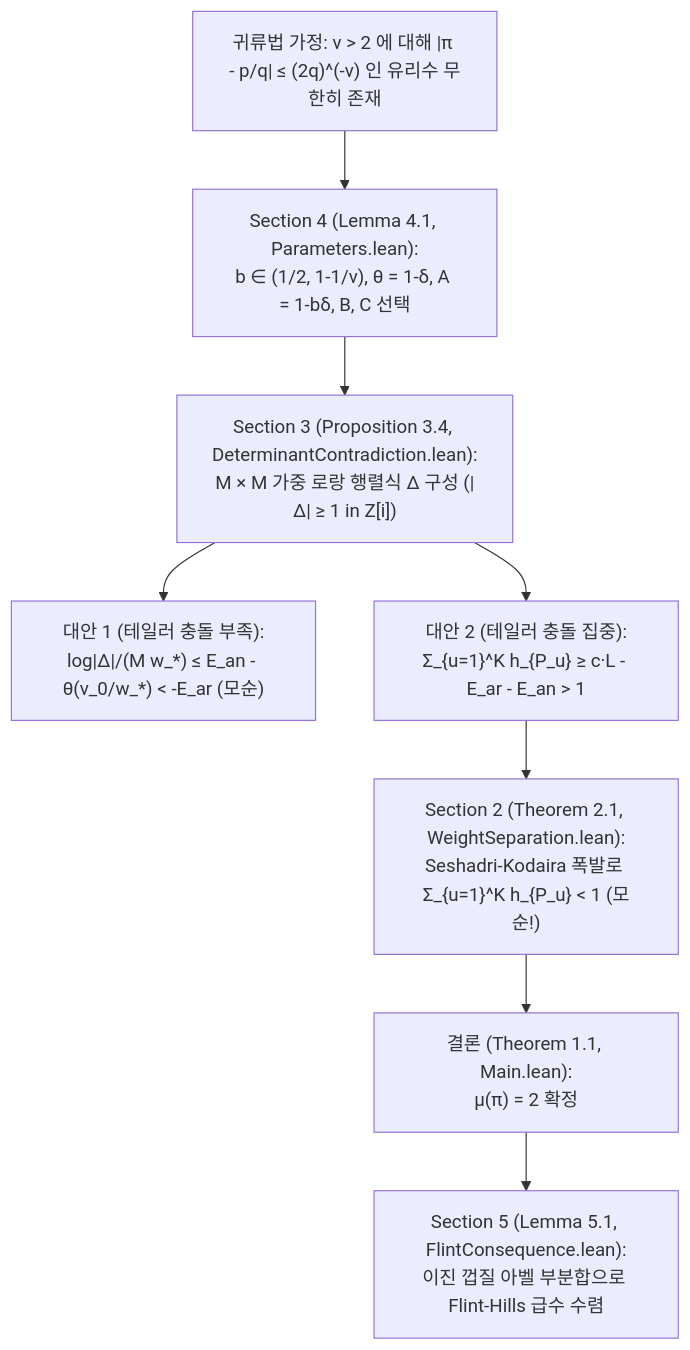
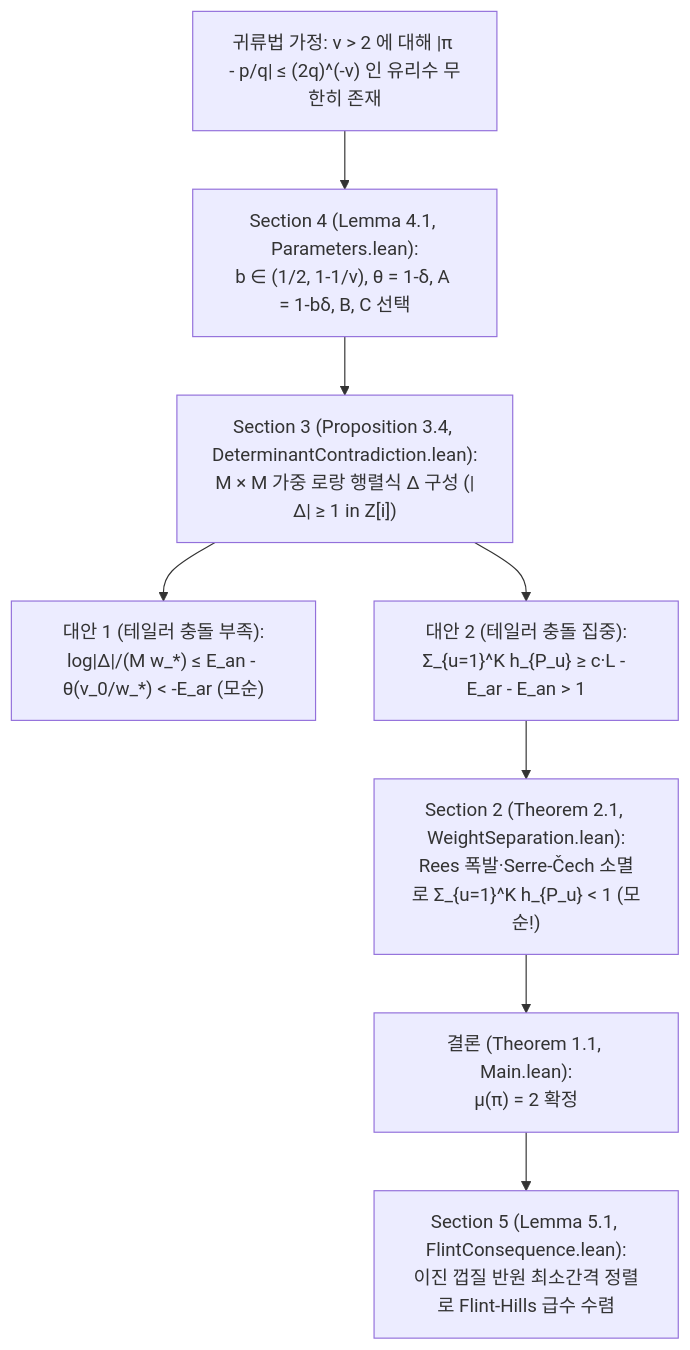
One commit to gilheumpark-bit/ultari-proof-anatomy changed the diagram in anatomy/010-openai-017-pi-irrationality-exponent/ko/02_중급자용_구조및수식가이드.md. Above: the diagram before and after it, drawn with Mermaid. The commit also changed other lines of this file and 17 other files, not shown here.

Commit message:
Case 010 (#017): align all 5 upstream .tex/.lean factual distinctions (dyadic LCM 4 log 2, Rees blowup + Serre/Cech vanishing, exact Main.lean:29-32 snippet, neutral 017.md scope framing, and semicircle jd gap sorting)

````diff
--- a/anatomy/010-openai-017-pi-irrationality-exponent/ko/02_중급자용_구조및수식가이드.md
+++ b/anatomy/010-openai-017-pi-irrationality-exponent/ko/02_중급자용_구조및수식가이드.md
@@ -12,10 +12,10 @@
 ```mermaid
 flowchart TD
     A["귀류법 가정: ν > 2 에 대해 |π - p/q| ≤ (2q)^(-ν) 인 유리수 무한히 존재"] --> B["Section 4 (Lemma 4.1, Parameters.lean):<br/>b ∈ (1/2, 1-1/ν), θ = 1-δ, A = 1-bδ, B, C 선택"]
     B --> C["Section 3 (Proposition 3.4, DeterminantContradiction.lean):<br/>M × M 가중 로랑 행렬식 Δ 구성 (|Δ| ≥ 1 in Z[i])"]
     C --> D["대안 1 (테일러 충돌 부족):<br/>log|Δ|/(M w_*) ≤ E_an - θ(v_0/w_*) < -E_ar (모순)"]
     C --> E["대안 2 (테일러 충돌 집중):<br/>Σ_{u=1}^K h_{P_u} ≥ c·L - E_ar - E_an > 1"]
-    E --> F["Section 2 (Theorem 2.1, WeightSeparation.lean):<br/>Seshadri-Kodaira 폭발로 Σ_{u=1}^K h_{P_u} < 1 (모순!)"]
+    E --> F["Section 2 (Theorem 2.1, WeightSeparation.lean):<br/>Rees 폭발·Serre-Čech 소멸로 Σ_{u=1}^K h_{P_u} < 1 (모순!)"]
     F --> G["결론 (Theorem 1.1, Main.lean):<br/>μ(π) = 2 확정"]
-    G --> H["Section 5 (Lemma 5.1, FlintConsequence.lean):<br/>이진 껍질 아벨 부분합으로 Flint-Hills 급수 수렴"]
+    G --> H["Section 5 (Lemma 5.1, FlintConsequence.lean):<br/>이진 껍질 반원 최소간격 정렬로 Flint-Hills 급수 수렴"]
 ```
````
